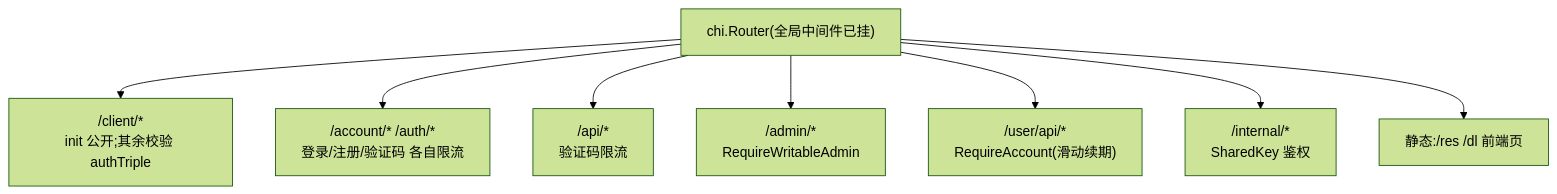
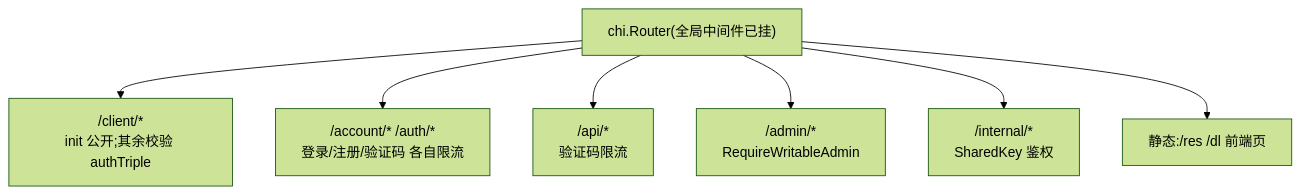
Before and after one commit to MagirecoCN-Revival-Project/magireco-cnv-docs: the second of 4 diagrams in server/request-lifecycle.md, drawn with Mermaid (forest theme). The commit also changed other lines of this file and 6 other files, not shown here.

````diff
--- a/server/request-lifecycle.md
+++ b/server/request-lifecycle.md
@@ -33,11 +33,10 @@
 ```mermaid
 flowchart TB
     ROOT["chi.Router(全局中间件已挂)"]
     ROOT --> C["/client/*<br/>init 公开;其余校验 authTriple"]
     ROOT --> ACC["/account/* /auth/*<br/>登录/注册/验证码 各自限流"]
     ROOT --> API["/api/*<br/>验证码限流"]
     ROOT --> ADM["/admin/*<br/>RequireWritableAdmin"]
-    ROOT --> USR["/user/api/*<br/>RequireAccount(滑动续期)"]
     ROOT --> INT["/internal/*<br/>SharedKey 鉴权"]
     ROOT --> STATIC["静态:/res /dl 前端页"]
 ```
````
